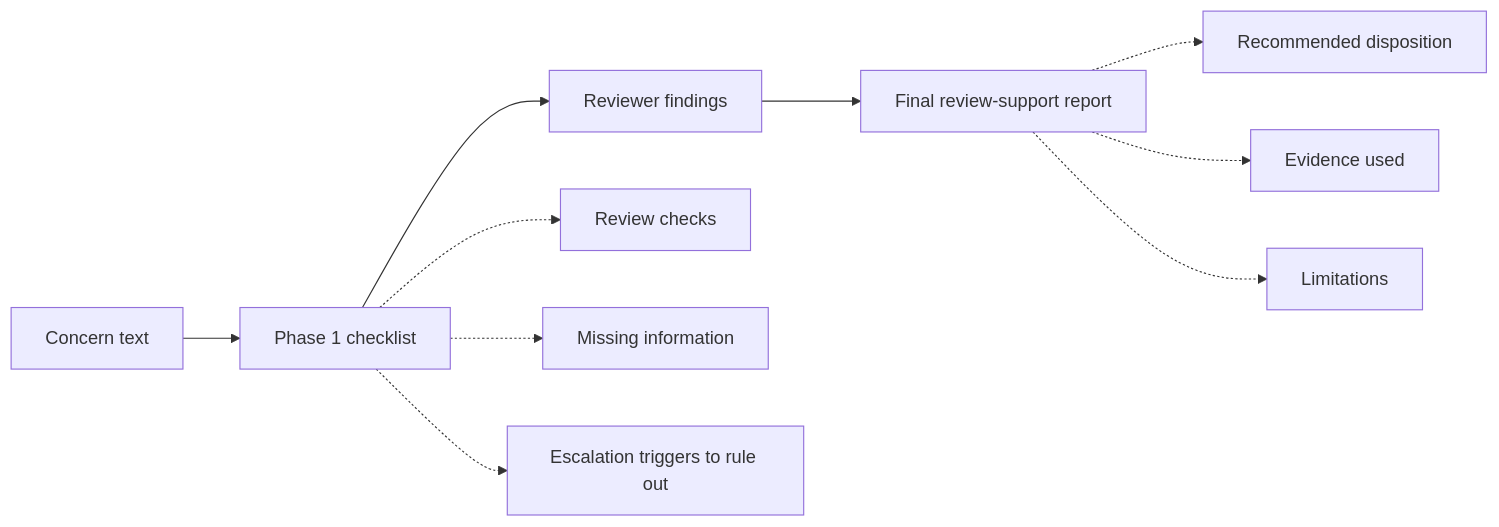
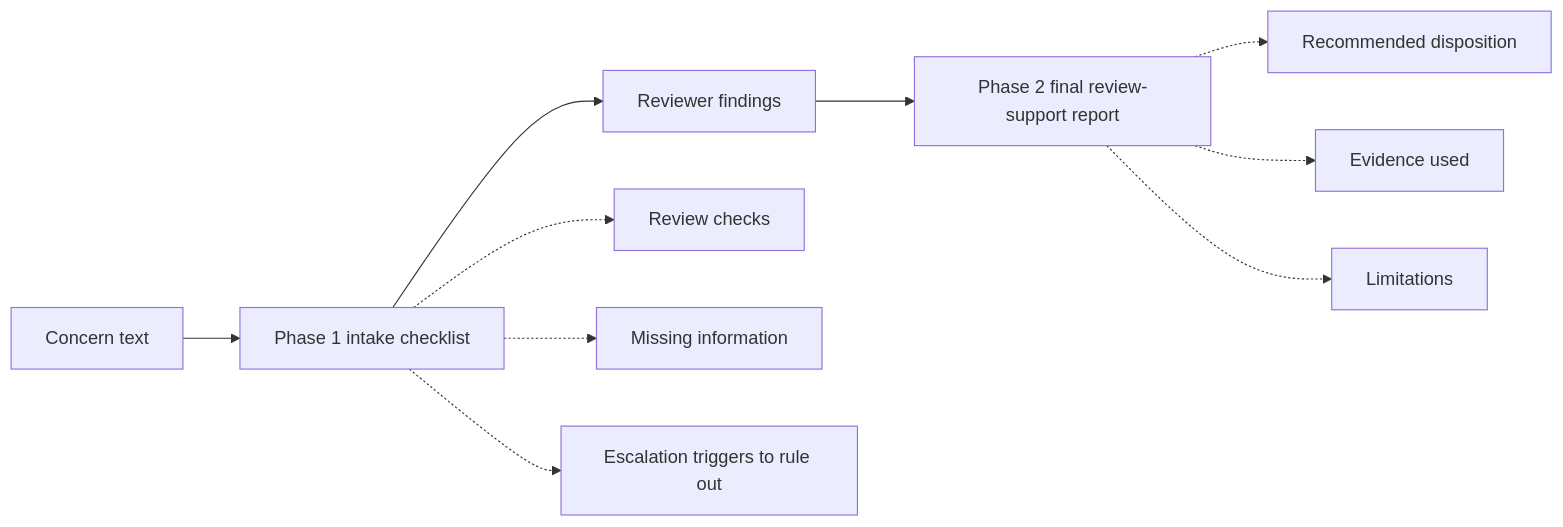
One commit to markwuenschel-dev/Compounding-Quality-RAG changed the first of 2 diagrams in README.md. Above: the diagram before and after it, drawn with Mermaid. The commit also changed other lines of this file and 22 other files, not shown here.

````diff
--- a/README.md
+++ b/README.md
@@ -39,14 +43,14 @@
 ```mermaid
 flowchart LR
-    A[Concern text] --> B[Phase 1 checklist]
+    A[Concern text] --> B[Phase 1 intake checklist]
     B --> C[Reviewer findings]
-    C --> D[Final review-support report]
+    C --> D[Phase 2 final review-support report]
 
     B -.-> B1[Review checks]
     B -.-> B2[Missing information]
     B -.-> B3[Escalation triggers to rule out]
 
     D -.-> D1[Recommended disposition]
     D -.-> D2[Evidence used]
     D -.-> D3[Limitations]
 ```
````
